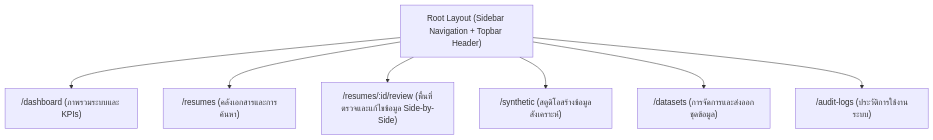
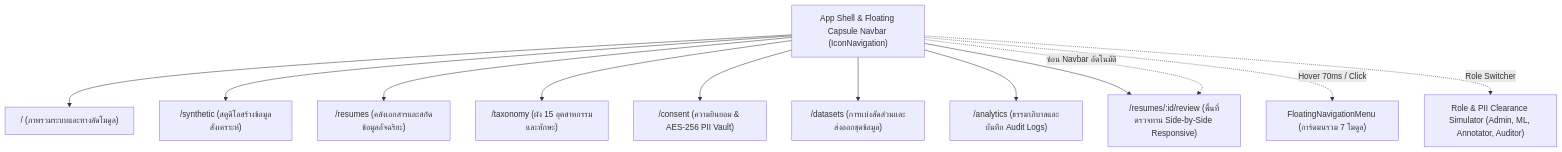
Before and after one commit to Phoomss/interviewx-datahub: the diagram in context/09-UI-UX.md, drawn with Mermaid. The commit also changed other lines of this file and 3 other files, not shown here.

Commit message:
docs: update system manual and architecture context to reflect modern navigation, brand identity, and university registry

````diff
--- a/context/09-UI-UX.md
+++ b/context/09-UI-UX.md
@@ -20,10 +21,16 @@
 ```mermaid
 flowchart TD
-    Layout["Root Layout (Sidebar Navigation + Topbar Header)"]
-    Layout --> Dashboard["/dashboard (ภาพรวมระบบและ KPIs)"]
-    Layout --> Resumes["/resumes (คลังเอกสารและการค้นหา)"]
-    Layout --> ReviewWorkspace["/resumes/:id/review (พื้นที่ตรวจและแก้ไขข้อมูล Side-by-Side)"]
-    Layout --> SyntheticStudio["/synthetic (สตูดิโอสร้างข้อมูลสังเคราะห์)"]
-    Layout --> Datasets["/datasets (การจัดการและส่งออกชุดข้อมูล)"]
-    Layout --> AuditLogs["/audit-logs (ประวัติการใช้งานระบบ)"]
+    AppShell["App Shell & Floating Capsule Navbar (IconNavigation)"]
+    AppShell --> Home["/ (ภาพรวมระบบและทางลัดโมดูล)"]
+    AppShell --> Synthetic["/synthetic (สตูดิโอสร้างข้อมูลสังเคราะห์)"]
+    AppShell --> Resumes["/resumes (คลังเอกสารและสกัดข้อมูลอัจฉริยะ)"]
+    AppShell --> Taxonomy["/taxonomy (ผัง 15 อุตสาหกรรมและทักษะ)"]
+    AppShell --> Consent["/consent (ความยินยอม & AES-256 PII Vault)"]
+    AppShell --> Datasets["/datasets (การแบ่งสัดส่วนและส่งออกชุดข้อมูล)"]
+    AppShell --> Analytics["/analytics (ธรรมาภิบาลและบันทึก Audit Logs)"]
+    AppShell --> ReviewWorkspace["/resumes/:id/review (พื้นที่ตรวจทาน Side-by-Side Responsive)"]
+    
+    AppShell -.->|Hover 70ms / Click| AllModulesCard["FloatingNavigationMenu (การ์ดมนรวม 7 โมดูล)"]
+    AppShell -.->|Role Switcher| RoleModal["Role & PII Clearance Simulator (Admin, ML, Annotator, Auditor)"]
+    AppShell -.->|ซ่อน Navbar อัตโนมัติ| ReviewWorkspace
 ```
````
